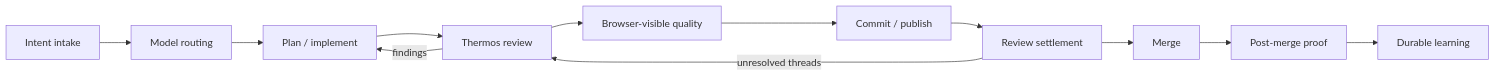
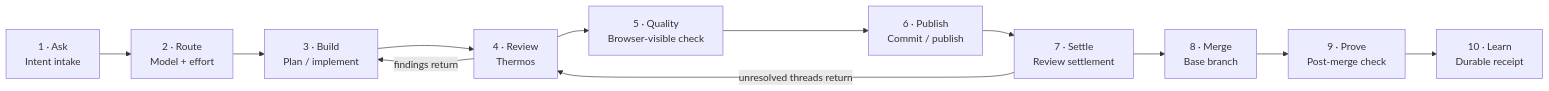
One commit to novotnyllc/railyard changed the diagram in site/src/diagrams/m2-delivery-lifecycle.mmd. Above: the diagram before and after it, drawn with Mermaid. The commit also changed 35 other files, not shown here.

First line of the commit message:
docs: narrative stage 2 — sequence-narrative diagrams

```diff
--- a/site/src/diagrams/m2-delivery-lifecycle.mmd
+++ b/site/src/diagrams/m2-delivery-lifecycle.mmd
@@ -1,12 +1,14 @@
 flowchart LR
-    A[Intent intake] --> B[Model routing]
-    B --> C[Plan / implement]
-    C --> D[Thermos review]
-    D --> E[Browser-visible quality]
-    E --> F[Commit / publish]
-    F --> G[Review settlement]
-    G --> H[Merge]
-    H --> I[Post-merge proof]
-    I --> J[Durable learning]
-    D -->|findings| C
-    G -->|unresolved threads| D
+    accTitle: M2 delivery lifecycle sequence
+    accDescr: A single request moves through ask, route, build, review, quality, publish, settlement, merge, proof, and learning. Findings return to build and unresolved threads return to review.
+    A["1 · Ask<br/>Intent intake"] --> B["2 · Route<br/>Model + effort"]
+    B --> C["3 · Build<br/>Plan / implement"]
+    C --> D["4 · Review<br/>Thermos"]
+    D --> E["5 · Quality<br/>Browser-visible check"]
+    E --> F["6 · Publish<br/>Commit / publish"]
+    F --> G["7 · Settle<br/>Review settlement"]
+    G --> H["8 · Merge<br/>Base branch"]
+    H --> I["9 · Prove<br/>Post-merge check"]
+    I --> J["10 · Learn<br/>Durable receipt"]
+    D -->|findings return| C
+    G -->|unresolved threads return| D
```
